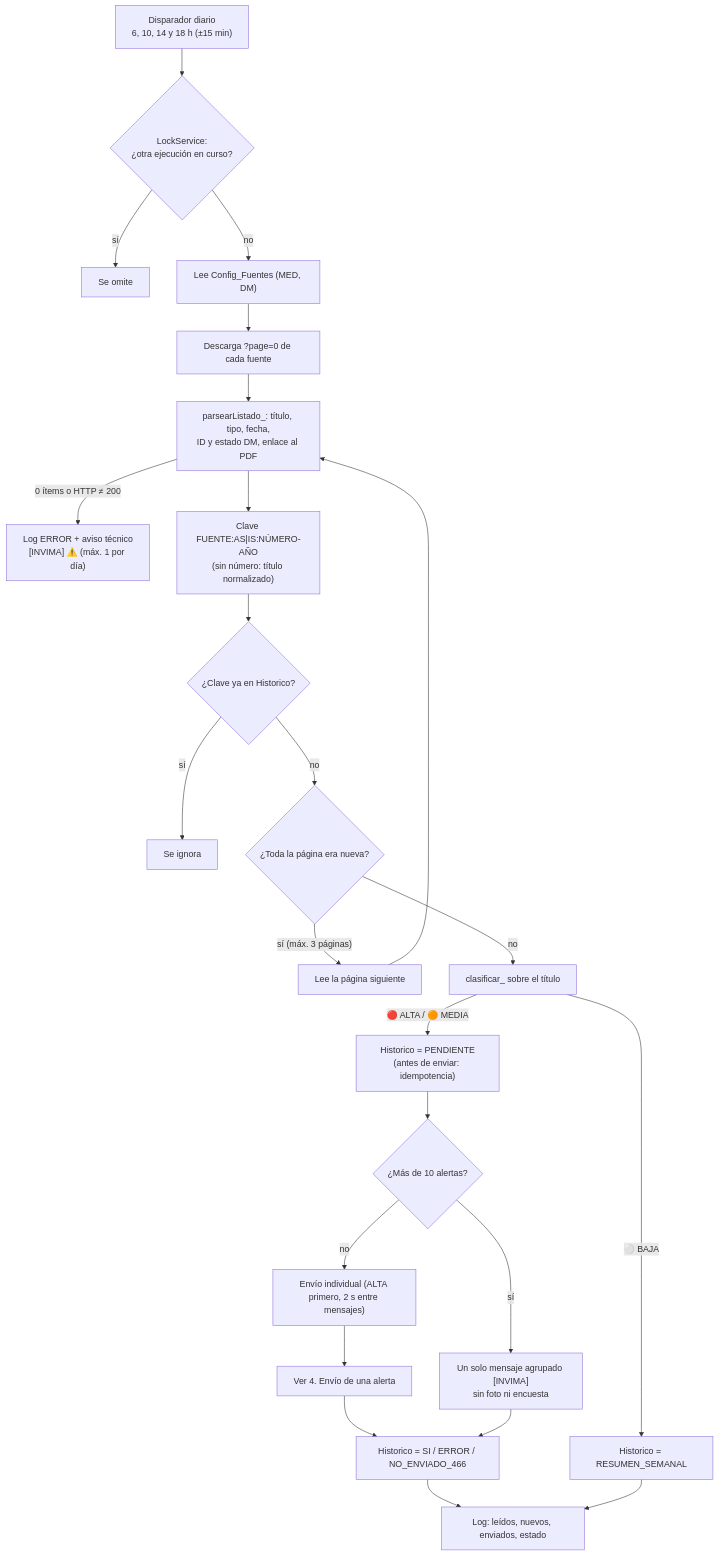
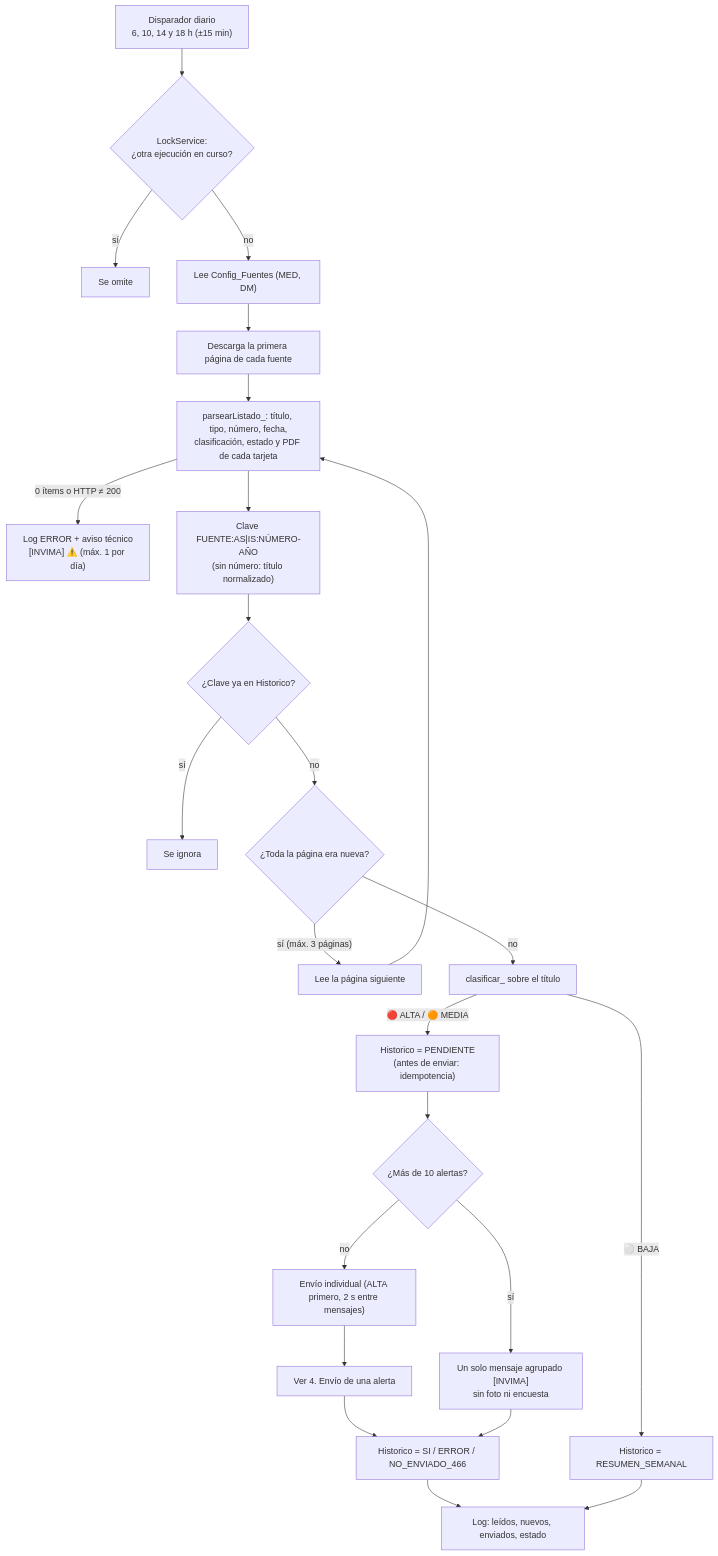
The second of 5 diagrams in README.md (jsaavedran1-glitch/alertas-whatsapp-sanitarias-invima), drawn with Mermaid before and after one commit. The commit also changed other lines of this file and 4 other files, not shown here.

````diff
--- a/README.md
+++ b/README.md
@@ -49,25 +49,25 @@
 ```mermaid
 flowchart TD
     T["Disparador diario<br/>6, 10, 14 y 18 h (±15 min)"] --> L{"LockService:<br/>¿otra ejecución en curso?"}
     L -->|sí| FIN0["Se omite"]
     L -->|no| F["Lee Config_Fuentes (MED, DM)"]
-    F --> P["Descarga ?page=0 de cada fuente"]
-    P --> PA["parsearListado_: título, tipo, fecha,<br/>ID y estado DM, enlace al PDF"]
+    F --> P["Descarga la primera página de cada fuente"]
+    P --> PA["parsearListado_: título, tipo, número, fecha,<br/>clasificación, estado y PDF de cada tarjeta"]
     PA -->|"0 ítems o HTTP ≠ 200"| AV["Log ERROR + aviso técnico<br/>[INVIMA] ⚠️ (máx. 1 por día)"]
     PA --> K["Clave FUENTE:AS|IS:NÚMERO-AÑO<br/>(sin número: título normalizado)"]
     K --> H{"¿Clave ya en Historico?"}
     H -->|sí| SKIP["Se ignora"]
     H -->|no| PG{"¿Toda la página era nueva?"}
     PG -->|"sí (máx. 3 páginas)"| P2["Lee la página siguiente"] --> PA
     PG -->|no| C["clasificar_ sobre el título"]
     C -->|"🔴 ALTA / 🟠 MEDIA"| PEND["Historico = PENDIENTE<br/>(antes de enviar: idempotencia)"]
     C -->|"⚪ BAJA"| SEM["Historico = RESUMEN_SEMANAL"]
     PEND --> N{"¿Más de 10 alertas?"}
     N -->|no| IND["Envío individual (ALTA primero, 2 s entre mensajes)"]
     N -->|sí| AGR["Un solo mensaje agrupado [INVIMA]<br/>sin foto ni encuesta"]
     IND --> ENV["Ver 4. Envío de una alerta"]
     ENV --> EST["Historico = SI / ERROR / NO_ENVIADO_466"]
     AGR --> EST
     EST --> LOG["Log: leídos, nuevos, enviados, estado"]
     SEM --> LOG
 ```
````
